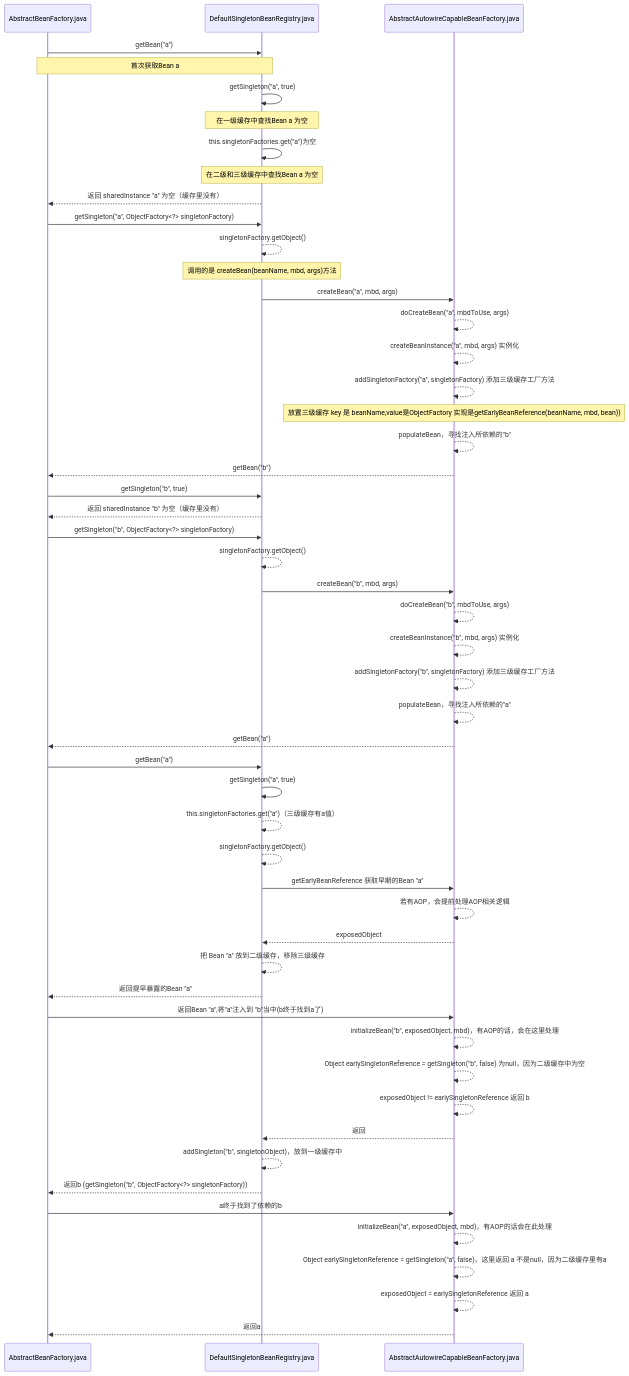
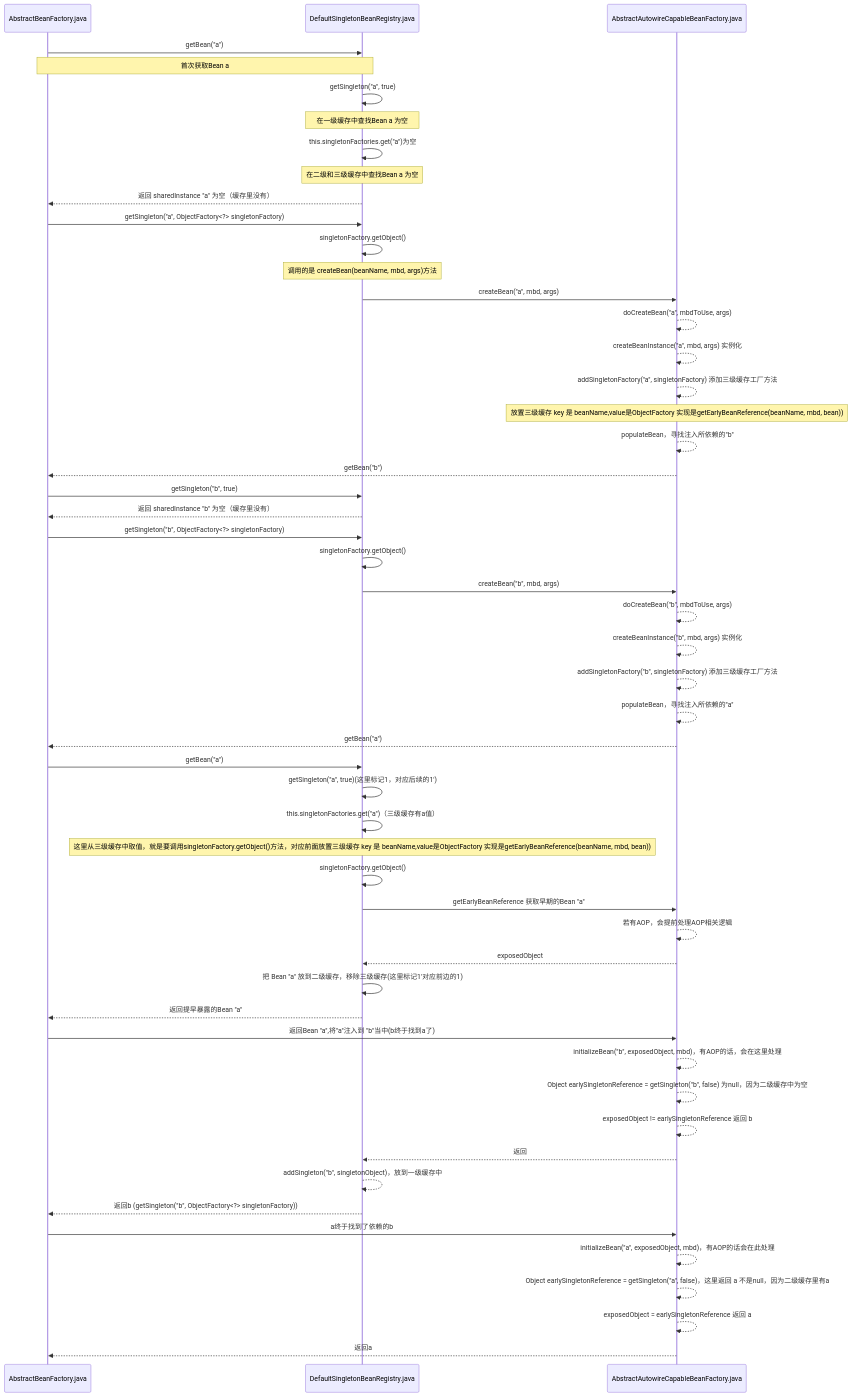
One commit to bruce54110/free-blog changed the second of 2 diagrams in docs/work/spring/spring-circular-dependency.md. Above: the diagram before and after it, drawn with Mermaid. The commit also changed other lines of this file and 22 other files, not shown here.

Commit message:
修改循环依赖时序图

````diff
--- a/docs/work/spring/spring-circular-dependency.md
+++ b/docs/work/spring/spring-circular-dependency.md
@@ -48,56 +54,57 @@
 ```mermaid
 sequenceDiagram;
     # 起别名
     participant A as AbstractBeanFactory.java
     participant D as DefaultSingletonBeanRegistry.java
     participant AF as AbstractAutowireCapableBeanFactory.java
     # 开始画时序图
     A->>D:getBean("a")
     Note over A,D: 首次获取Bean a
     D->>D:getSingleton("a", true)
     Note over D,D:在一级缓存中查找Bean a 为空
     D ->> D:this.singletonFactories.get("a")为空
     Note over D,D:在二级和三级缓存中查找Bean a 为空
     D-->>A: 返回 sharedInstance "a" 为空（缓存里没有）
     A->>D: getSingleton("a", ObjectFactory<?> singletonFactory)
-    D -->> D: singletonFactory.getObject()
+    D ->> D: singletonFactory.getObject()
     Note over D,D: 调用的是 createBean(beanName, mbd, args)方法
     D->>AF: createBean("a", mbd, args)
     AF-->>AF: doCreateBean("a", mbdToUse, args)
     AF-->>AF:createBeanInstance("a", mbd, args) 实例化
     AF-->>AF:addSingletonFactory("a", singletonFactory) 添加三级缓存工厂方法
     Note over AF: 放置三级缓存 key 是 beanName,value是ObjectFactory 实现是getEarlyBeanReference(beanName, mbd, bean))
-    AF-->>AF:populateBean，寻找注入所依赖的"b"
+    AF -->> AF:populateBean，寻找注入所依赖的"b"
     AF-->> A: getBean("b")
     A->>D:getSingleton("b", true)
     D-->>A: 返回 sharedInstance "b" 为空（缓存里没有）
     A->>D: getSingleton("b", ObjectFactory<?> singletonFactory)
-    D -->> D: singletonFactory.getObject()
+    D ->> D: singletonFactory.getObject()
     D->>AF: createBean("b", mbd, args)
     AF-->>AF: doCreateBean("b", mbdToUse, args)
     AF-->> AF:createBeanInstance("b", mbd, args) 实例化
     AF-->> AF:addSingletonFactory("b", singletonFactory) 添加三级缓存工厂方法
     AF-->> AF:populateBean，寻找注入所依赖的"a"
     AF -->> A: getBean("a")
-    A->> D:getBean("a")
-    D->>D:getSingleton("a", true)
-        D -->>D:this.singletonFactories.get("a")（三级缓存有a值）
-    D -->> D:singletonFactory.getObject()
+    A ->> D:getBean("a")
+    D ->> D:getSingleton("a", true)(这里标记1，对应后续的1')
+    D ->> D:this.singletonFactories.get("a")（三级缓存有a值）
+    Note over D,D: 这里从三级缓存中取值，就是要调用singletonFactory.getObject()方法，对应前面放置三级缓存 key 是 beanName,value是ObjectFactory 实现是getEarlyBeanReference(beanName, mbd, bean))
+    D ->> D:singletonFactory.getObject()
     D->> AF: getEarlyBeanReference 获取早期的Bean "a"
     AF -->> AF: 若有AOP，会提前处理AOP相关逻辑
     AF -->> D: exposedObject
-    D -->>D: 把 Bean "a" 放到二级缓存，移除三级缓存
+    D ->>D: 把 Bean "a" 放到二级缓存，移除三级缓存(这里标记1'对应前边的1)
     D -->> A:返回提早暴露的Bean "a"
     A ->> AF: 返回Bean "a",将"a"注入到 "b"当中(b终于找到a了)
     AF -->> AF:initializeBean("b", exposedObject, mbd)，有AOP的话，会在这里处理
     AF-->>AF:Object earlySingletonReference = getSingleton("b", false) 为null，因为二级缓存中为空
     AF-->>AF:exposedObject != earlySingletonReference 返回 b
     AF -->> D:返回
     D -->> D:addSingleton("b", singletonObject)，放到一级缓存中
     D -->> A: 返回b (getSingleton("b", ObjectFactory<?> singletonFactory))
     A ->> AF: a终于找到了依赖的b
     AF -->> AF:initializeBean("a", exposedObject, mbd)，有AOP的话会在此处理
     AF-->>AF:Object earlySingletonReference = getSingleton("a", false)，这里返回 a 不是null，因为二级缓存里有a
     AF-->>AF:exposedObject = earlySingletonReference 返回 a
     AF -->> A:返回a 
 ```
````
